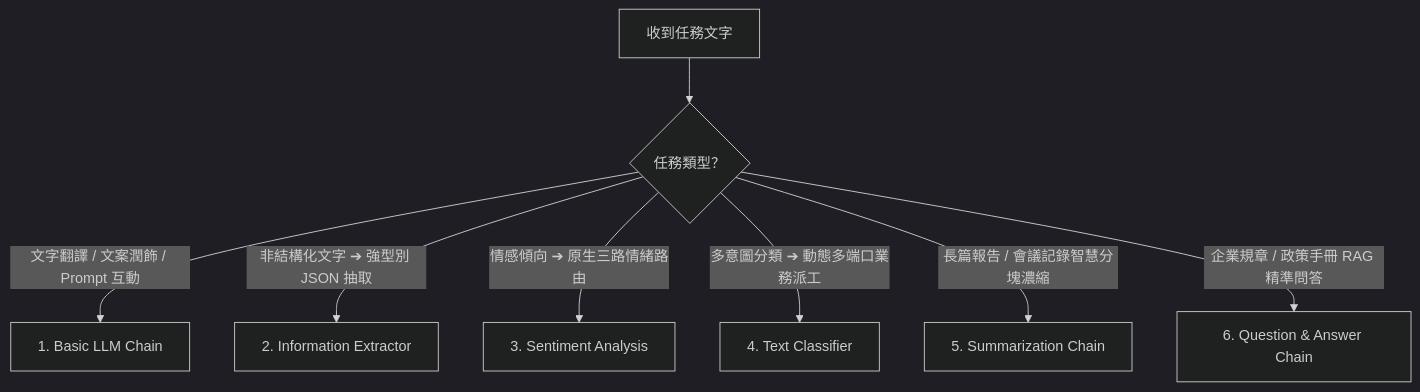
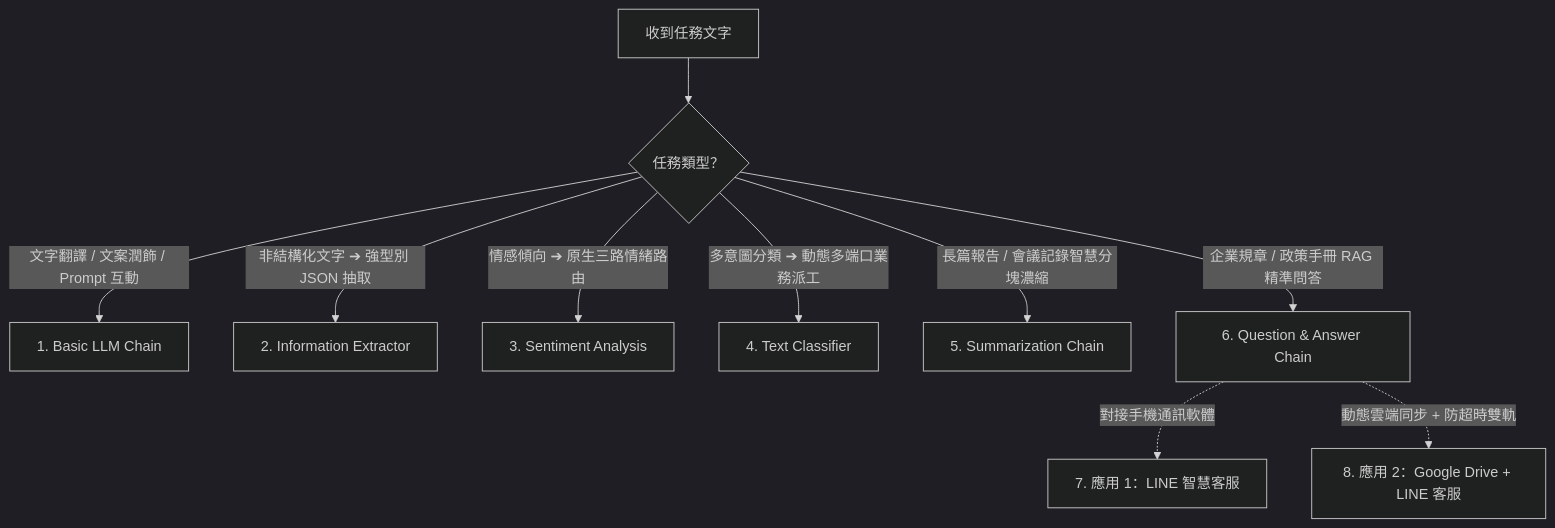
The diagram in AI_Agent/階段一_基礎專用AI節點/README.md (roberthsu2003/n8n), drawn with Mermaid (dark theme) before and after one commit. The commit also changed other lines of this file and 8 other files, not shown here.

````diff
--- a/AI_Agent/階段一_基礎專用AI節點/README.md
+++ b/AI_Agent/階段一_基礎專用AI節點/README.md
@@ -15,10 +15,12 @@
 ```mermaid
 flowchart TD
     Input["收到任務文字"] --> Q{"任務類型？"}
     Q -->|文字翻譯 / 文案潤飾 / Prompt 互動| C1["1. Basic LLM Chain"]
     Q -->|非結構化文字 ➔ 強型別 JSON 抽取| C2["2. Information Extractor"]
     Q -->|情感傾向 ➔ 原生三路情緒路由| C3["3. Sentiment Analysis"]
     Q -->|多意圖分類 ➔ 動態多端口業務派工| C4["4. Text Classifier"]
     Q -->|長篇報告 / 會議記錄智慧分塊濃縮| C5["5. Summarization Chain"]
     Q -->|企業規章 / 政策手冊 RAG 精準問答| C6["6. Question & Answer Chain"]
+    C6 -.->|對接手機通訊軟體| App1["7. 應用 1：LINE 智慧客服"]
+    C6 -.->|動態雲端同步 + 防超時雙軌| App2["8. 應用 2：Google Drive + LINE 客服"]
 ```
````
